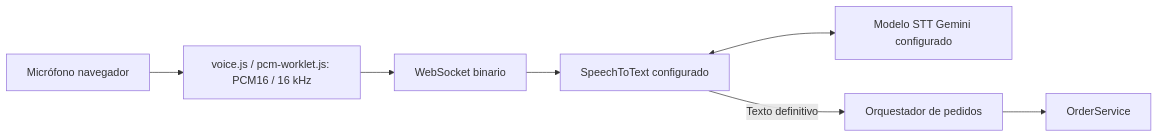
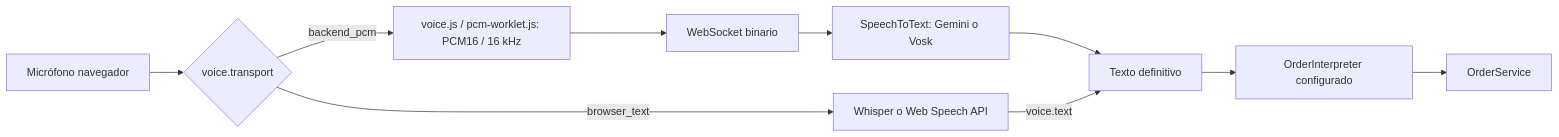
The second of 3 diagrams in docs/arquitectura.md (gsierra1/self_order), drawn with Mermaid before and after one commit. The commit also changed other lines of this file and 6 other files, not shown here.

Commit message:
alinear la documentación con el código y el HTML actuales. Se actualizaron prompts, tools y   OrderToolsRuntime, se documentaron backend_pcm/browser_text y se corrigieron diagramas de voz; falta confirmar si   queda alguna revisión pendiente.

````diff
--- a/docs/arquitectura.md
+++ b/docs/arquitectura.md
@@ -330,9 +337,12 @@
 ```mermaid
 flowchart LR
-    MIC[Micrófono navegador] --> PCM[voice.js / pcm-worklet.js: PCM16 / 16 kHz]
+    MIC[Micrófono navegador] --> TR{voice.transport}
+    TR -->|backend_pcm| PCM[voice.js / pcm-worklet.js: PCM16 / 16 kHz]
     PCM --> WS[WebSocket binario]
-    WS --> T[SpeechToText configurado]
-    T <--> LIVE[Modelo STT Gemini configurado]
-    T -->|Texto definitivo| O[Orquestador de pedidos]
+    WS --> T[SpeechToText: Gemini o Vosk]
+    T --> TXT[Texto definitivo]
+    TR -->|browser_text| BSTT[Whisper o Web Speech API]
+    BSTT -->|voice.text| TXT
+    TXT --> O[OrderInterpreter configurado]
     O --> S[OrderService]
 ```
````
